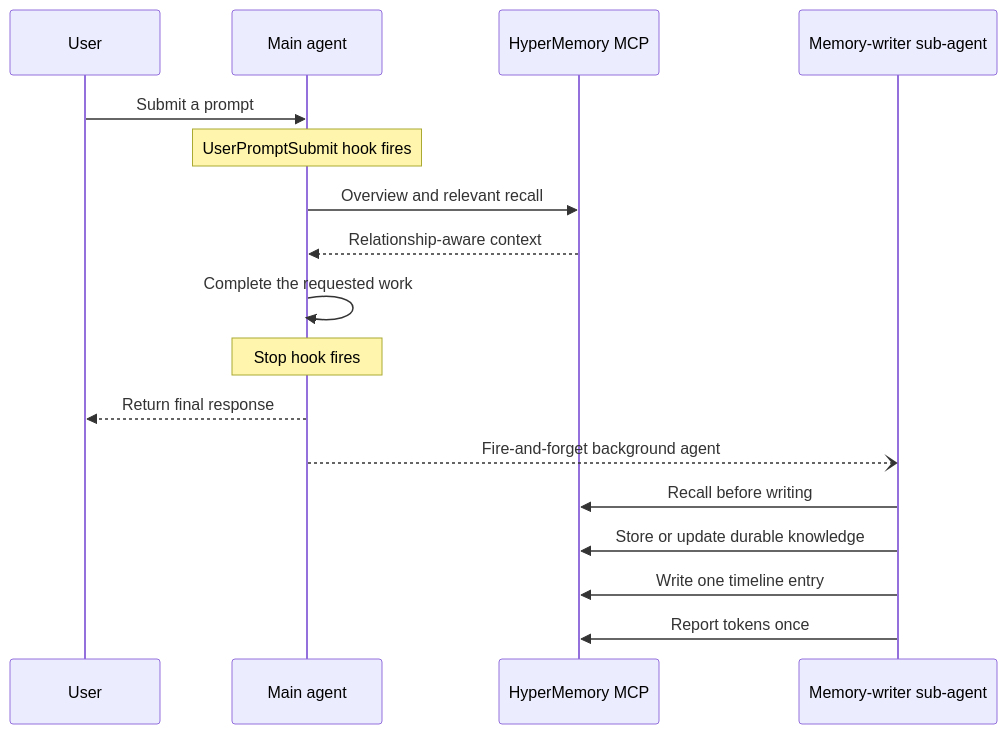
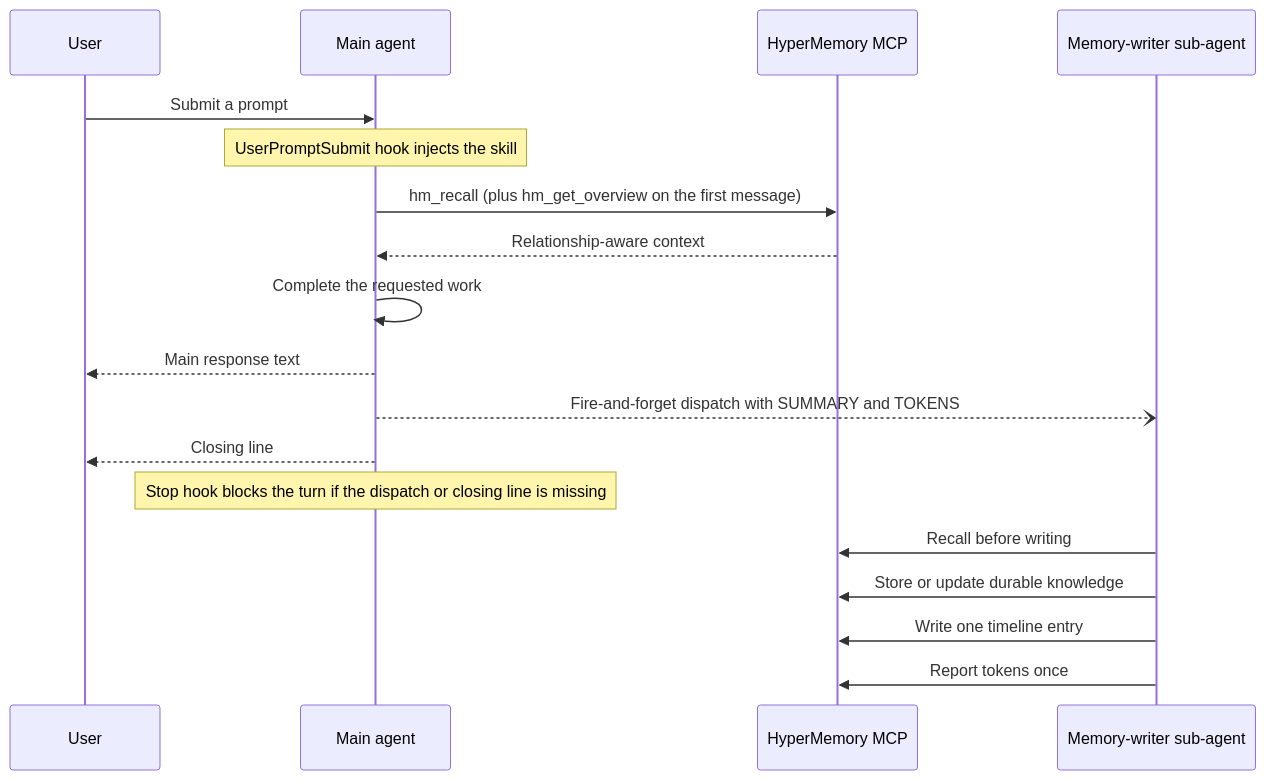
One commit to hypermemory-ai/hm-plugins-claude changed the first of 2 diagrams in README.md. Above: the diagram before and after it, drawn with Mermaid. The commit also changed other lines of this file and 1 other file, not shown here.

First line of the commit message:
Point HyperMemory at the production MCP and correct the README, bump to 2.13.0

````diff
--- a/README.md
+++ b/README.md
@@ -187,20 +189,21 @@
 ```mermaid
 sequenceDiagram
     participant U as User
     participant M as Main agent
     participant MCP as HyperMemory MCP
     participant W as Memory-writer sub-agent
 
     U->>M: Submit a prompt
-    Note over M: UserPromptSubmit hook fires
-    M->>MCP: Overview and relevant recall
+    Note over M: UserPromptSubmit hook injects the skill
+    M->>MCP: hm_recall (plus hm_get_overview on the first message)
     MCP-->>M: Relationship-aware context
     M->>M: Complete the requested work
-    Note over M: Stop hook fires
-    M-->>U: Return final response
-    M--)W: Fire-and-forget background agent
+    M-->>U: Main response text
+    M--)W: Fire-and-forget dispatch with SUMMARY and TOKENS
+    M-->>U: Closing line
+    Note over M: Stop hook blocks the turn if the dispatch or closing line is missing
     W->>MCP: Recall before writing
     W->>MCP: Store or update durable knowledge
     W->>MCP: Write one timeline entry
     W->>MCP: Report tokens once
 ```
````
